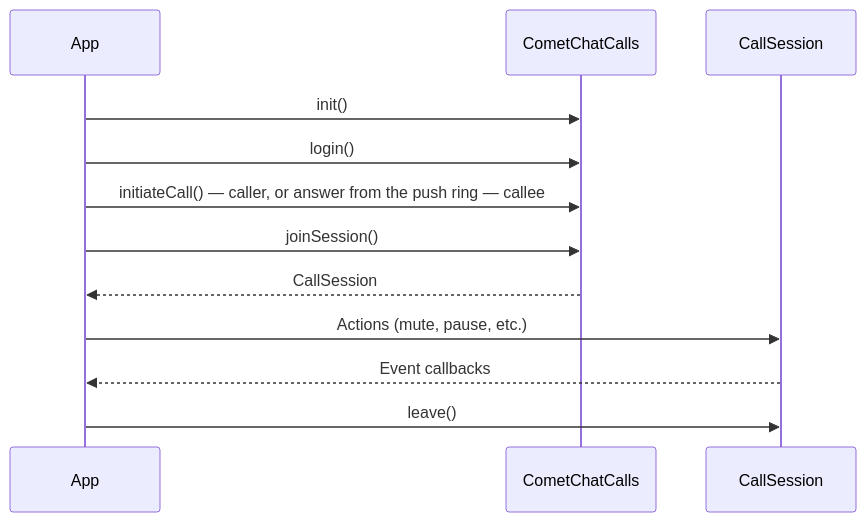
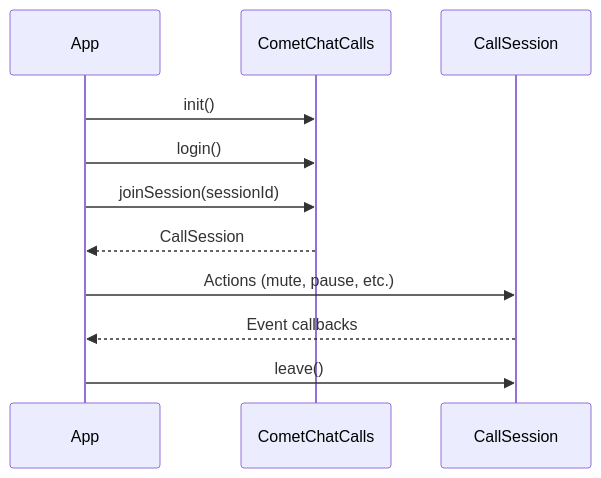
Before and after one commit to cometchat/docs: the diagram in calls/android/overview.mdx, drawn with Mermaid. The commit also changed other lines of this file and 1 other file, not shown here.

Commit message:
docs(android): generic Calls overview diagram; drop the Chat SDK line from Ringing

````diff
--- a/calls/android/overview.mdx
+++ b/calls/android/overview.mdx
@@ -23,15 +23,14 @@
 ```mermaid
 sequenceDiagram
     participant App
     participant CometChatCalls
     participant CallSession
     
     App->>CometChatCalls: init()
     App->>CometChatCalls: login()
-    App->>CometChatCalls: initiateCall() — caller, or answer from the push ring — callee
-    App->>CometChatCalls: joinSession()
+    App->>CometChatCalls: joinSession(sessionId)
     CometChatCalls-->>App: CallSession
     App->>CallSession: Actions (mute, pause, etc.)
     CallSession-->>App: Event callbacks
     App->>CallSession: leave()
 ```
````
